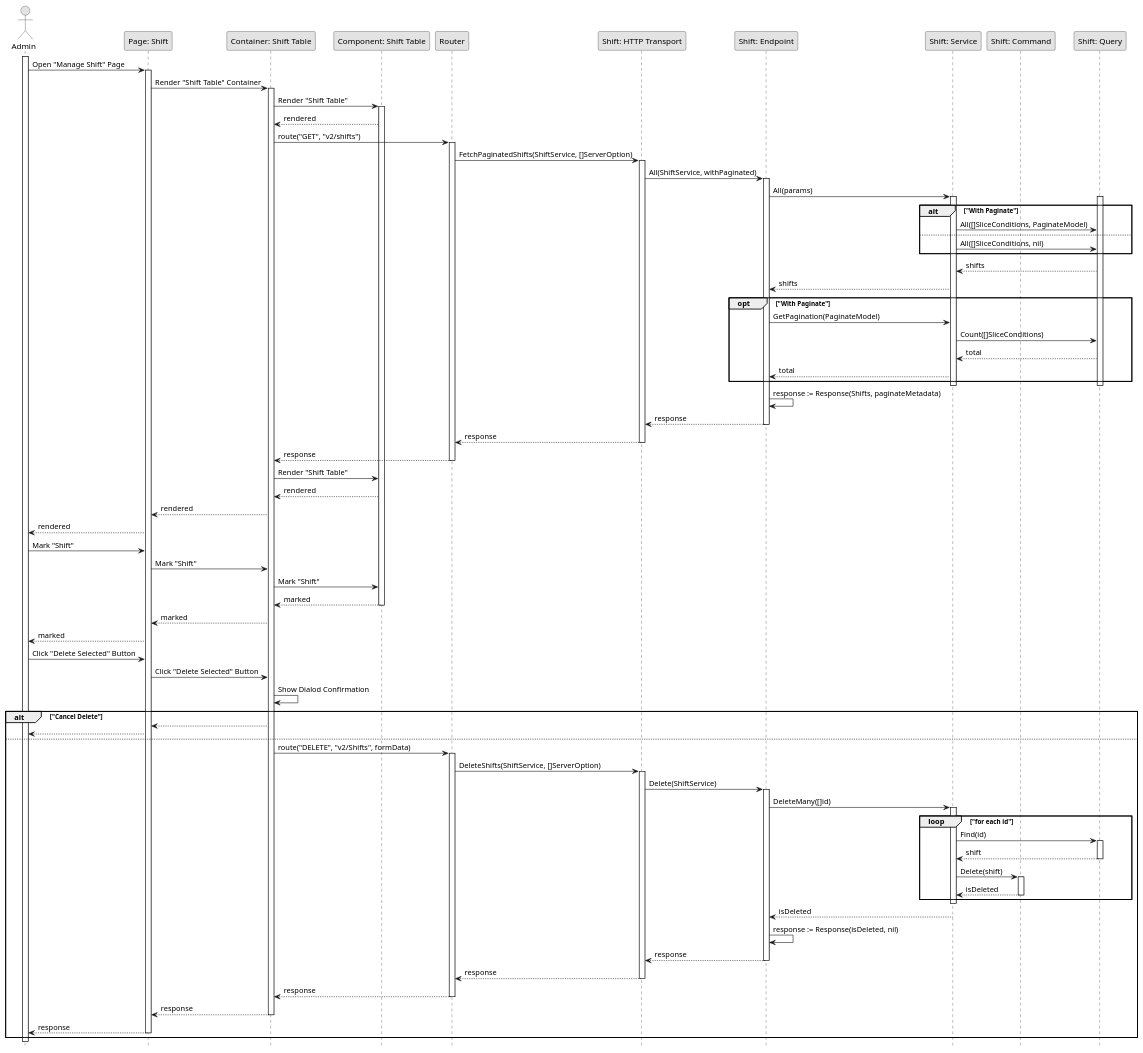
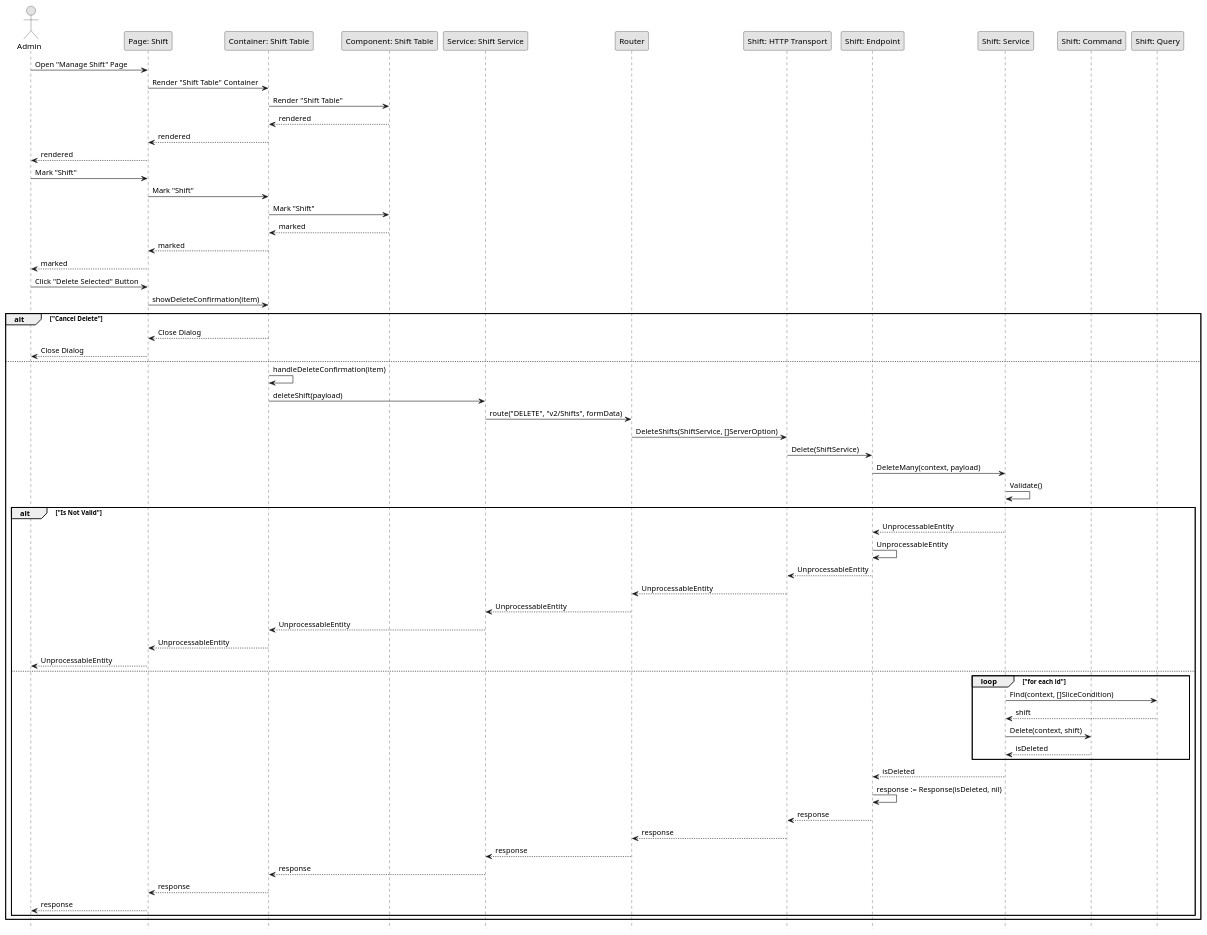
The diagram in Sequence/Release02/DeleteShift.wsd (fwidjaya20/fazzlearning-uml), drawn with PlantUML before and after one commit. The commit also changed 29 other files, not shown here.

Commit message:
fix(sequence): fix invalid sequence

```diff
--- a/Sequence/Release02/DeleteShift.wsd
+++ b/Sequence/Release02/DeleteShift.wsd
@@ -1,119 +1,79 @@
 @startuml DeleteShift
 
 skinparam Monochrome true
 skinparam Shadowing false
 hide footbox
 
 actor Admin
 participant "Page: Shift" as ShiftPage
 participant "Container: Shift Table" as ShiftTableContainer
 participant "Component: Shift Table" as ShiftTable
+participant "Service: Shift Service" as FEShiftService
 participant "Router" as Router
 participant "Shift: HTTP Transport" as ShiftHTTPTransport
 participant "Shift: Endpoint" as ShiftEndpoint
 participant "Shift: Service" as ShiftService
 participant "Shift: Command" as ShiftCommand
 participant "Shift: Query" as ShiftQuery
 
-activate Admin
-
 Admin->ShiftPage: Open "Manage Shift" Page
-activate ShiftPage
 ShiftPage->ShiftTableContainer: Render "Shift Table" Container
-activate ShiftTableContainer
-ShiftTableContainer->ShiftTable: Render "Shift Table"
-activate ShiftTable
-ShiftTable-->ShiftTableContainer: rendered
-ShiftTableContainer->Router: route("GET", "v2/shifts")
-activate Router
-Router->ShiftHTTPTransport: FetchPaginatedShifts(ShiftService, []ServerOption)
-activate ShiftHTTPTransport
-ShiftHTTPTransport->ShiftEndpoint: All(ShiftService, withPaginated)
-activate ShiftEndpoint
-ShiftEndpoint->ShiftService: All(params)
-
-activate ShiftService
-activate ShiftQuery
-alt "With Paginate"
-    ShiftService->ShiftQuery: All([]SliceConditions, PaginateModel)
-else
-    ShiftService->ShiftQuery: All([]SliceConditions, nil)
-end
-ShiftQuery-->ShiftService: shifts
-ShiftService-->ShiftEndpoint: shifts
-
-opt "With Paginate"
-    ShiftEndpoint->ShiftService: GetPagination(PaginateModel)
-    ShiftService->ShiftQuery: Count([]SliceConditions)
-    ShiftQuery-->ShiftService: total
-    ShiftService-->ShiftEndpoint: total
-end
-deactivate ShiftQuery
-deactivate ShiftService
-
-ShiftEndpoint->ShiftEndpoint: response := Response(Shifts, paginateMetadata)
-ShiftEndpoint-->ShiftHTTPTransport: response
-deactivate ShiftEndpoint
-ShiftHTTPTransport-->Router: response
-deactivate ShiftHTTPTransport
-Router-->ShiftTableContainer: response
-deactivate Router
 ShiftTableContainer->ShiftTable: Render "Shift Table"
 ShiftTable-->ShiftTableContainer: rendered
 ShiftTableContainer-->ShiftPage: rendered
 ShiftPage-->Admin: rendered
 
 Admin->ShiftPage: Mark "Shift"
 ShiftPage->ShiftTableContainer: Mark "Shift"
 ShiftTableContainer->ShiftTable: Mark "Shift"
 ShiftTable-->ShiftTableContainer: marked
-deactivate ShiftTable
 ShiftTableContainer-->ShiftPage: marked
 ShiftPage-->Admin: marked
 
 Admin->ShiftPage: Click "Delete Selected" Button
-ShiftPage->ShiftTableContainer: Click "Delete Selected" Button
-ShiftTableContainer->ShiftTableContainer: Show Dialod Confirmation
+ShiftPage->ShiftTableContainer: showDeleteConfirmation(item)
 
 alt "Cancel Delete"
-    ShiftTableContainer-->ShiftPage
-    ShiftPage-->Admin
+    ShiftTableContainer-->ShiftPage: Close Dialog
+    ShiftPage-->Admin: Close Dialog
 else
-    ShiftTableContainer->Router: route("DELETE", "v2/Shifts", formData)
-    activate Router
+    ShiftTableContainer->ShiftTableContainer: handleDeleteConfirmation(item)
+    ShiftTableContainer->FEShiftService: deleteShift(payload)
+    FEShiftService->Router: route("DELETE", "v2/Shifts", formData)
     Router->ShiftHTTPTransport: DeleteShifts(ShiftService, []ServerOption)
-    activate ShiftHTTPTransport
     ShiftHTTPTransport->ShiftEndpoint: Delete(ShiftService)
-    activate ShiftEndpoint
-    ShiftEndpoint->ShiftService: DeleteMany([]id)
+    ShiftEndpoint->ShiftService: DeleteMany(context, payload)
+    ShiftService->ShiftService: Validate()
 
-    activate ShiftService
-    loop "for each id"
-        ShiftService->ShiftQuery: Find(id)
-        activate ShiftQuery
-        ShiftQuery-->ShiftService: shift
-        deactivate ShiftQuery
+    alt "Is Not Valid"
+        ShiftService-->ShiftEndpoint: UnprocessableEntity
+        ShiftEndpoint->ShiftEndpoint: UnprocessableEntity
+        ShiftEndpoint-->ShiftHTTPTransport: UnprocessableEntity
+        ShiftHTTPTransport-->Router: UnprocessableEntity
+        Router-->FEShiftService: UnprocessableEntity
+        FEShiftService-->ShiftTableContainer: UnprocessableEntity
+        ShiftTableContainer-->ShiftPage: UnprocessableEntity
+        ShiftPage-->Admin: UnprocessableEntity
+    else
+        loop "for each id"
+            ShiftService->ShiftQuery: Find(context, []SliceCondition)
+            ShiftQuery-->ShiftService: shift
 
-        ShiftService->ShiftCommand: Delete(shift)
-        activate ShiftCommand
-        ShiftCommand-->ShiftService: isDeleted
-        deactivate ShiftCommand
+            ShiftService->ShiftCommand: Delete(context, shift)
+            ShiftCommand-->ShiftService: isDeleted
+        end
+
+        ShiftService-->ShiftEndpoint: isDeleted
+        ShiftEndpoint->ShiftEndpoint: response := Response(isDeleted, nil)
+        ShiftEndpoint-->ShiftHTTPTransport: response
+        ShiftHTTPTransport-->Router: response
+        Router-->FEShiftService: response
+        FEShiftService-->ShiftTableContainer: response
+        ShiftTableContainer-->ShiftPage: response
+        ShiftPage-->Admin: response
     end
-    deactivate ShiftService
-    ShiftService-->ShiftEndpoint: isDeleted
-    ShiftEndpoint->ShiftEndpoint: response := Response(isDeleted, nil)
-    ShiftEndpoint-->ShiftHTTPTransport: response
-    deactivate ShiftEndpoint
-    ShiftHTTPTransport-->Router: response
-    deactivate ShiftHTTPTransport
-    Router-->ShiftTableContainer: response
-    deactivate Router
-    ShiftTableContainer-->ShiftPage: response
-    deactivate ShiftTableContainer
-    ShiftPage-->Admin: response
-    deactivate ShiftPage
 end
 
 deactivate Admin
 
 @enduml
```
